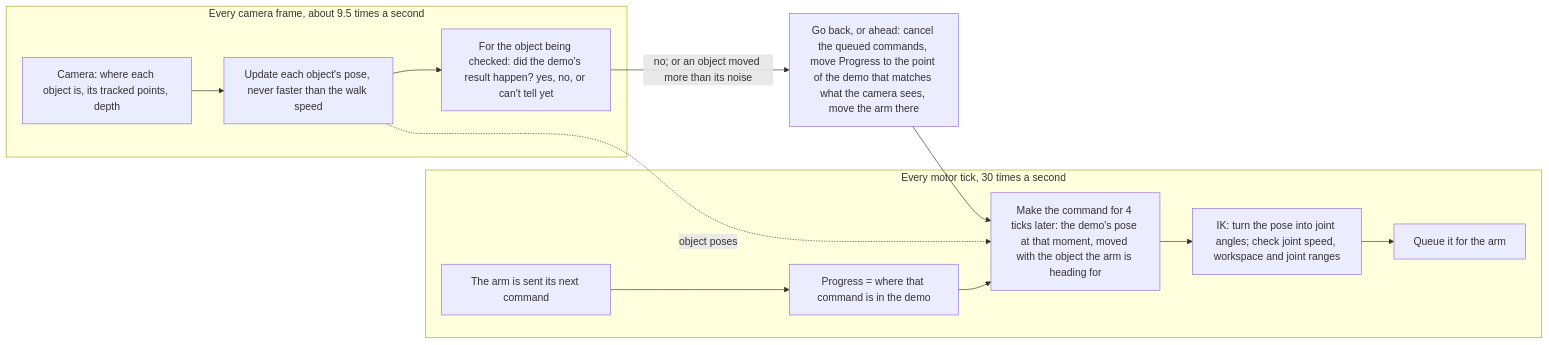
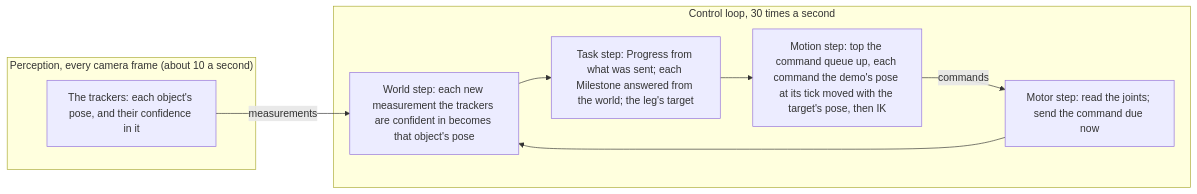
One commit to TheWisp/lerobot changed the first of 2 diagrams in src/lerobot/showservo/docs/act_execution.md. Above: the diagram before and after it, drawn with Mermaid. The commit also changed other lines of this file, not shown here.

````diff
--- a/src/lerobot/showservo/docs/act_execution.md
+++ b/src/lerobot/showservo/docs/act_execution.md
@@ -123,21 +132,15 @@
 ```mermaid
 flowchart LR
-    subgraph TICK["Every motor tick, 30 times a second"]
-        T1["The arm is sent its next command"]
-        T2["Progress = where that command is in the demo"]
-        T3["Make the command for 4 ticks later: the demo's pose at that moment, moved with the object the arm is heading for"]
-        T4["IK: turn the pose into joint angles; check joint speed, workspace and joint ranges"]
-        T5["Queue it for the arm"]
-        T1 --> T2 --> T3 --> T4 --> T5
+    subgraph PER["Perception, every camera frame (about 10 a second)"]
+        P1["The trackers: each object's pose, and their confidence in it"]
     end
-    subgraph FRAME["Every camera frame, about 9.5 times a second"]
-        F1["Camera: where each object is, its tracked points, depth"]
-        F2["Update each object's pose, never faster than the walk speed"]
-        F3["For the object being checked: did the demo's result happen? yes, no, or can't tell yet"]
-        F1 --> F2 --> F3
+    subgraph CTL["Control loop, 30 times a second"]
+        C1["Motor step: read the joints; send the command due now"]
+        C2["World step: each new measurement the trackers are confident in becomes that object's pose"]
+        C3["Task step: Progress from what was sent; each Milestone answered from the world; the leg's target"]
+        C4["Motion step: top the command queue up, each command the demo's pose at its tick moved with the target's pose, then IK"]
+        C1 --> C2 --> C3 --> C4
     end
-    U["Go back, or ahead: cancel the queued commands, move Progress to the point of the demo that matches what the camera sees, move the arm there"]
-    F3 -- "no; or an object moved more than its noise" --> U
-    U --> T3
-    F2 -. "object poses" .-> T3
+    P1 -- "measurements" --> C2
+    C4 -- "commands" --> C1
 ```
````
